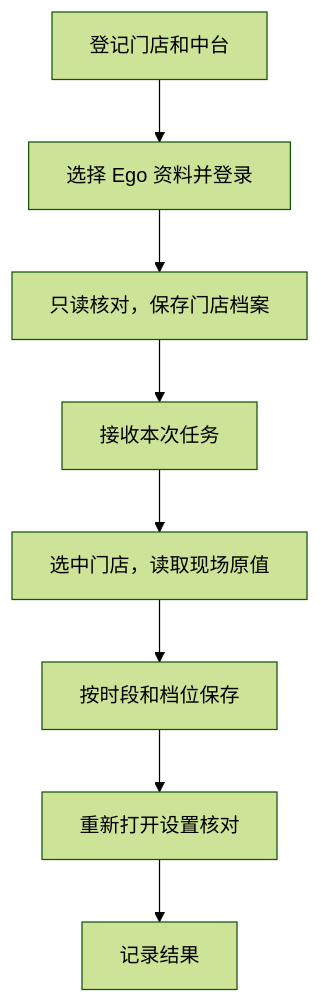
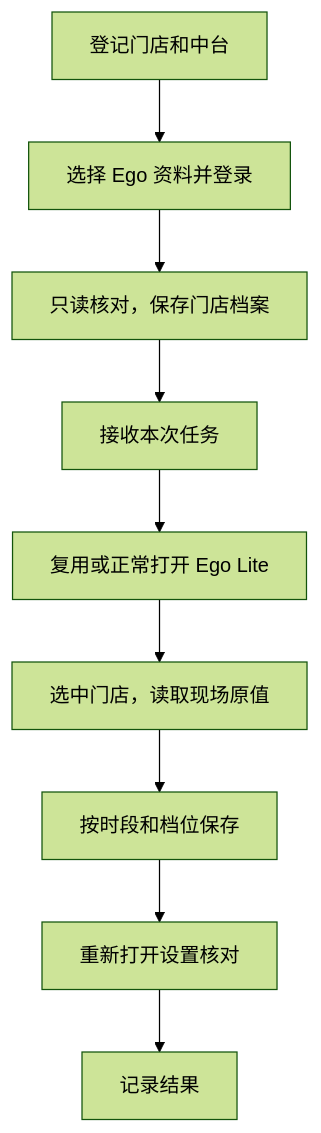
One commit to Pikachu-pi/meituan-delivery-egolite changed the diagram in docs/实现.md. Above: the diagram before and after it, drawn with Mermaid (forest theme). The commit also changed 5 other files, not shown here.

Commit message:
Open Ego Lite before Windows delivery tasks

````diff
--- a/docs/实现.md
+++ b/docs/实现.md
@@ -3,10 +3,11 @@
 ```mermaid
 flowchart TD
     A["登记门店和中台"] --> B["选择 Ego 资料并登录"]
     B --> C["只读核对，保存门店档案"]
     C --> D["接收本次任务"]
-    D --> E["选中门店，读取现场原值"]
+    D --> W["复用或正常打开 Ego Lite"]
+    W --> E["选中门店，读取现场原值"]
     E --> F["按时段和档位保存"]
     F --> G["重新打开设置核对"]
     G --> H["记录结果"]
 ```
````
